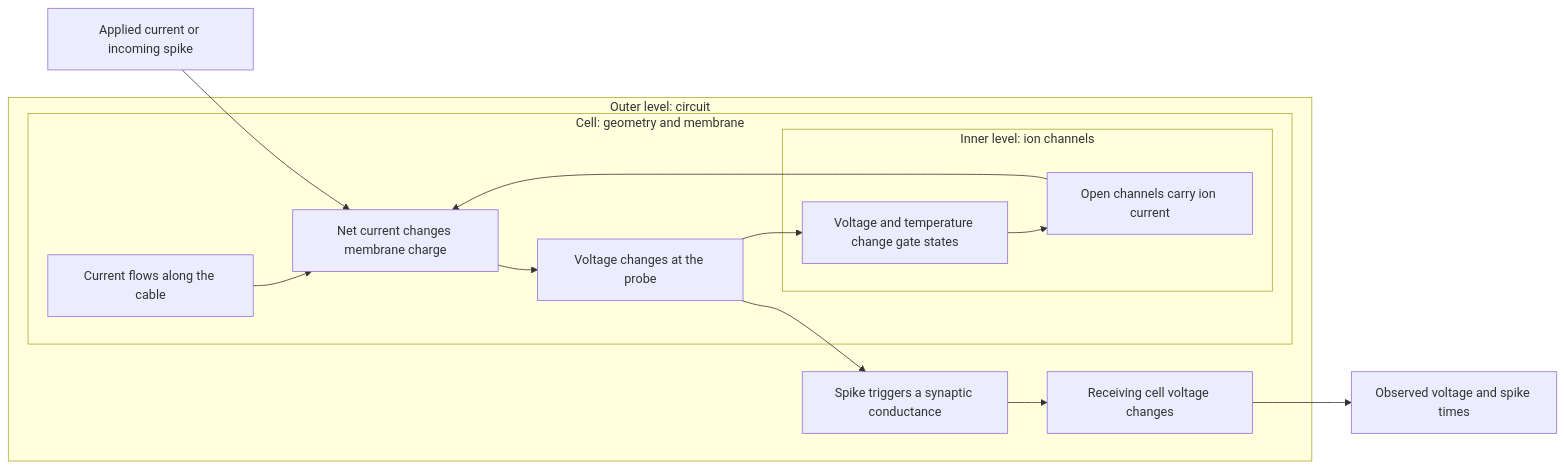
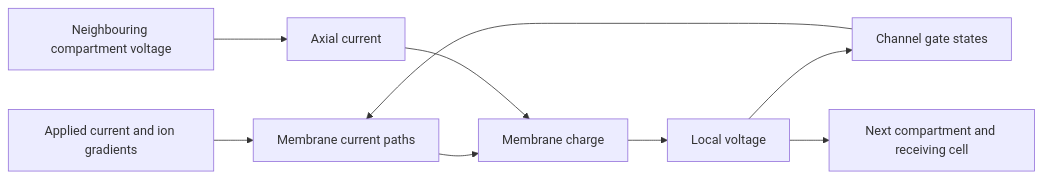
Before and after one commit to mithridatic/braintrace: the first of 2 diagrams in docs/h01-causal-model.md, drawn with Mermaid. The commit also changed other lines of this file and 69 other files, not shown here.

````diff
--- a/docs/h01-causal-model.md
+++ b/docs/h01-causal-model.md
@@ -87,23 +82,11 @@
 ```mermaid
 flowchart LR
-    Input[Applied current or incoming spike]
-    subgraph Circuit[Outer level: circuit]
-        subgraph Cell[Cell: geometry and membrane]
-            subgraph Channel[Inner level: ion channels]
-                Gates[Voltage and temperature change gate states]
-                Flow[Open channels carry ion current]
-                Gates --> Flow
-            end
-            Charge[Net current changes membrane charge]
-            Voltage[Voltage changes at the probe]
-            Flow --> Charge --> Voltage
-            Voltage --> Gates
-            Cable[Current flows along the cable] --> Charge
-        end
-        Release[Spike triggers a synaptic conductance]
-        Receive[Receiving cell voltage changes]
-        Voltage --> Release --> Receive
-    end
-    Input --> Charge
-    Receive --> Output[Observed voltage and spike times]
+    Source[Applied current and ion gradients] --> Currents[Membrane current paths]
+    Gates[Channel gate states] --> Currents
+    Currents --> Charge[Membrane charge]
+    Charge --> Voltage[Local voltage]
+    Voltage --> Gates
+    Neighbour[Neighbouring compartment voltage] --> Axial[Axial current]
+    Axial --> Charge
+    Voltage --> Next[Next compartment and receiving cell]
 ```
````
